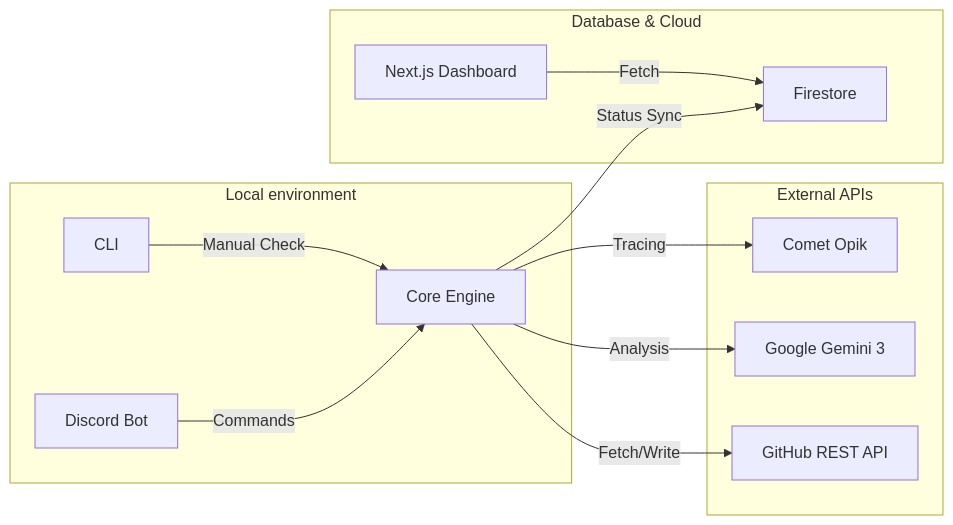
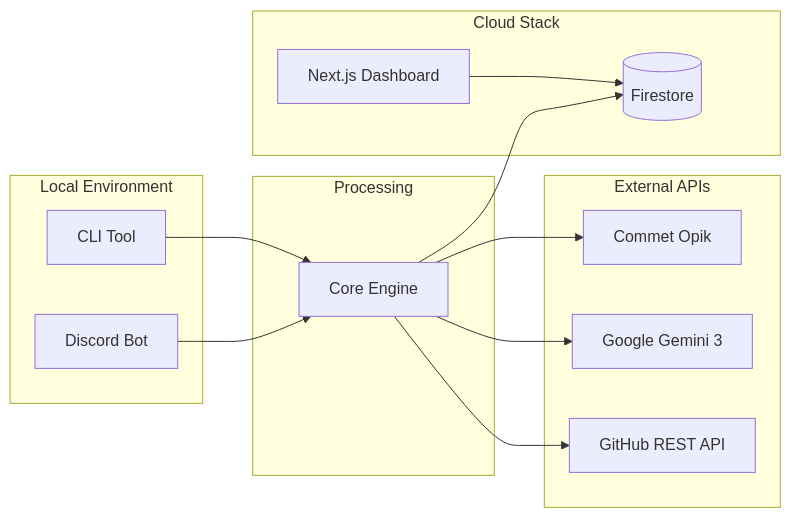
Before and after one commit to nashy3k/momentum-shadow-dev: the second of 2 diagrams in README.md, drawn with Mermaid. The commit also changed other lines of this file, not shown here.

Commit message:
fix: simplify mermaid diagrams for github compatibility

````diff
--- a/README.md
+++ b/README.md
@@ -25,18 +25,30 @@
 ```mermaid
-graph LR
-    subgraph "Local environment"
-        D[Discord Bot] -- Commands --> E[Core Engine]
-        C[CLI] -- Manual Check --> E
+flowchart LR
+    subgraph LocalEnv [Local Environment]
+        Bot[Discord Bot]
+        CLI[CLI Tool]
     end
 
-    subgraph "External APIs"
-        E -- Tracing --> G[Comet Opik]
-        E -- Analysis --> H[Google Gemini 3]
-        E -- Fetch/Write --> I[GitHub REST API]
+    subgraph Logic [Processing]
+        Engine[Core Engine]
     end
 
-    subgraph "Database & Cloud"
-        E -- Status Sync --> J[Firestore]
-        K[Next.js Dashboard] -- Fetch --> J
+    subgraph APIs [External APIs]
+        Opik[Commet Opik]
+        Gemini[Google Gemini 3]
+        GitHub[GitHub REST API]
     end
+
+    subgraph Cloud [Cloud Stack]
+        DB[(Firestore)]
+        Web[Next.js Dashboard]
+    end
+
+    Bot --> Engine
+    CLI --> Engine
+    Engine --> Opik
+    Engine --> Gemini
+    Engine --> GitHub
+    Engine --> DB
+    Web --> DB
 ```
````
